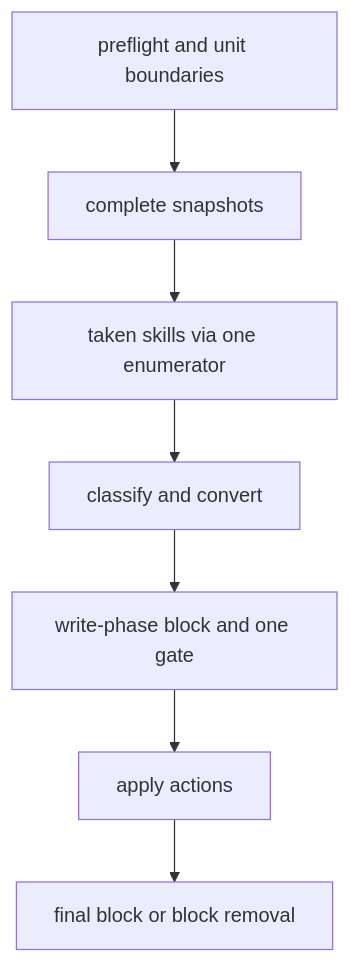
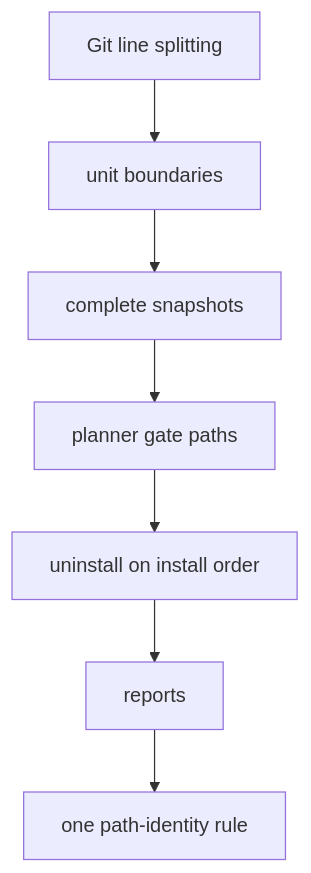
Before and after one commit to Ghisso/github_copilot_bootstrap: the diagram in plans/2026-09-26_phase-J-sidecar-safety-follow-up.md, drawn with Mermaid. The commit also changed other lines of this file and 2 other files, not shown here.

````diff
--- a/plans/2026-09-26_phase-J-sidecar-safety-follow-up.md
+++ b/plans/2026-09-26_phase-J-sidecar-safety-follow-up.md
@@ -33,9 +37,9 @@
 ```mermaid
 flowchart TD
-    P[preflight and unit boundaries] --> S[complete snapshots]
-    S --> T[taken skills via one enumerator]
-    T --> C[classify and convert]
-    C --> W[write-phase block and one gate]
-    W --> A[apply actions]
-    A --> F[final block or block removal]
+    L[Git line splitting] --> B[unit boundaries]
+    B --> S[complete snapshots]
+    S --> G[planner gate paths]
+    G --> U[uninstall on install order]
+    U --> R[reports]
+    R --> P[one path-identity rule]
 ```
````
